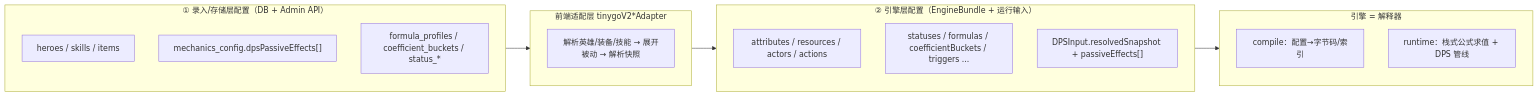
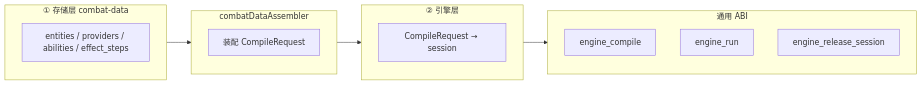
The first of 4 diagrams in 项目设计说明书/01-系统总览.md (JeanbartBiubiu/damage_viewer_project_planning), drawn with Mermaid before and after one commit. The commit also changed other lines of this file and 64 other files, not shown here.

````diff
--- a/项目设计说明书/01-系统总览.md
+++ b/项目设计说明书/01-系统总览.md
@@ -78,21 +65,18 @@
 ```mermaid
 flowchart LR
-  subgraph L1["① 录入/存储层配置（DB + Admin API）"]
-    A1["heroes / skills / items"]
-    A2["mechanics_config.dpsPassiveEffects[]"]
-    A3["formula_profiles / coefficient_buckets / status_*"]
+  subgraph L1["① 存储层 combat-data"]
+    A1["entities / providers / abilities / effect_steps"]
   end
-  subgraph ADAPT["前端适配层 tinygoV2*Adapter"]
-    AD["解析英雄/装备/技能 → 展开被动 → 解析快照"]
+  subgraph ADAPT["combatDataAssembler"]
+    AD["装配 CompileRequest"]
   end
-  subgraph L2["② 引擎层配置（EngineBundle + 运行输入）"]
-    B1["attributes / resources / actors / actions"]
-    B2["statuses / formulas / coefficientBuckets / triggers ..."]
-    B3["DPSInput.resolvedSnapshot + passiveEffects[]"]
+  subgraph L2["② 引擎层"]
+    B1["CompileRequest → session"]
   end
-  subgraph ENG["引擎 = 解释器"]
-    E1["compile：配置→字节码/索引"]
-    E2["runtime：栈式公式求值 + DPS 管线"]
+  subgraph ENG["通用 ABI"]
+    E1["engine_compile"]
+    E2["engine_run"]
+    E3["engine_release_session"]
   end
   L1 --> ADAPT --> L2 --> ENG
 ```
````
